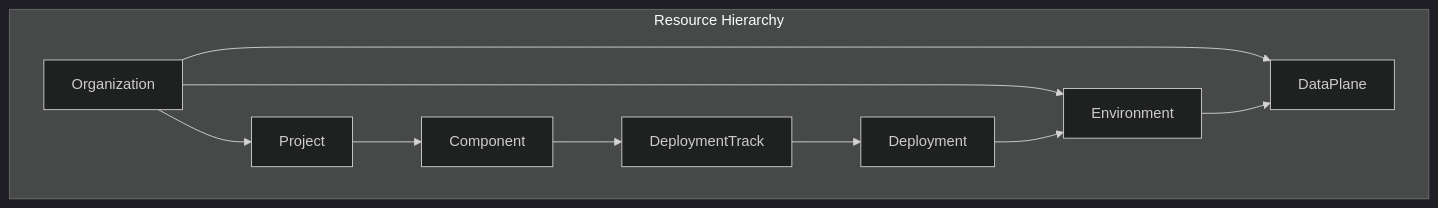
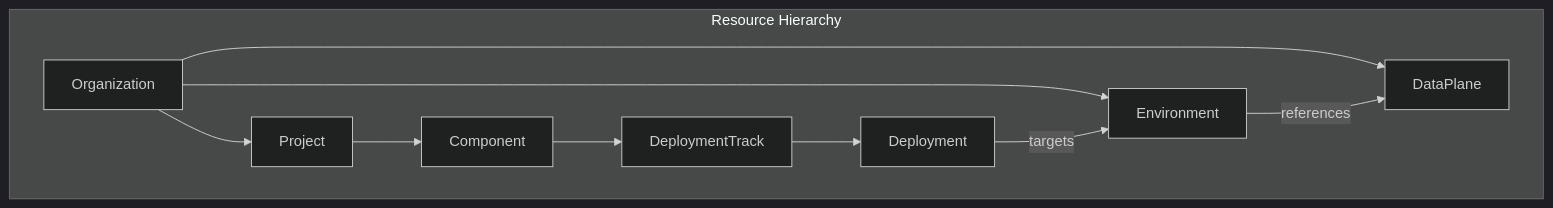
One commit to openchoreo/openchoreo changed the first of 5 diagrams in docs/deepwiki/Build-and-Deployment-Resources.md. Above: the diagram before and after it, drawn with Mermaid (dark theme). The commit also changed other lines of this file and 85 other files, not shown here.

Commit message:
feat: Add new workflow and specification templates, update Helm chart dependencies, and clarify documentation diagrams.

````diff
--- a/docs/deepwiki/Build-and-Deployment-Resources.md
+++ b/docs/deepwiki/Build-and-Deployment-Resources.md
@@ -21,29 +21,29 @@
 ```mermaid
 flowchart TD
 
 Org["Organization"]
 DP["DataPlane"]
 Env["Environment"]
 Proj["Project"]
 Comp["Component"]
 DT["DeploymentTrack"]
 Deploy["Deployment"]
 
 subgraph subGraph0 ["Resource Hierarchy"]
     Org
     DP
     Env
     Proj
     Comp
     DT
     Deploy
     Org --> DP
     Org --> Env
-    Env --> DP
+    Env -->|"references"| DP
     Org --> Proj
     Proj --> Comp
     Comp --> DT
     DT --> Deploy
-    Deploy --> Env
+    Deploy -->|"targets"| Env
 end
 ```
````
